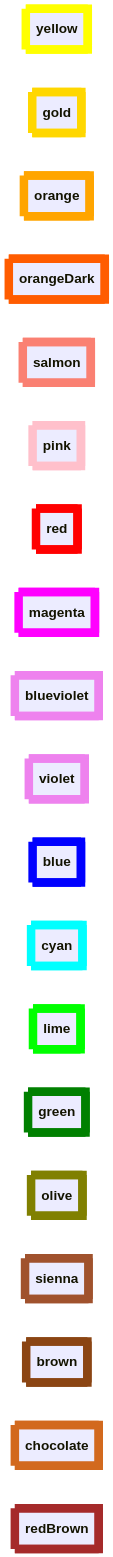
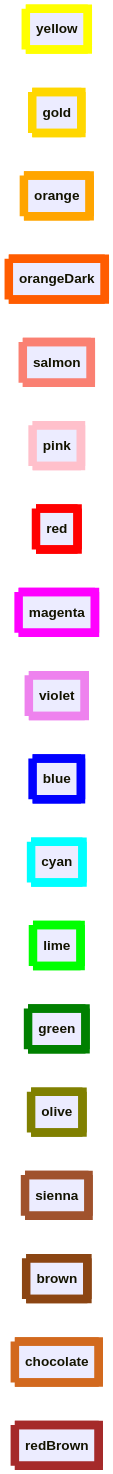
Before and after one commit to Ee-Cs/Ee-Cs.github.io: the second of 2 diagrams in files/fill-and-stroke-colors.md, drawn with Mermaid.

````diff
--- a/files/fill-and-stroke-colors.md
+++ b/files/fill-and-stroke-colors.md
@@ -33,48 +33,46 @@
 ```mermaid
 ---
   config:
     class:
       hideEmptyMembersBox: true
 ---
 classDiagram
     direction LR
     class yellow:::yellow { }
     class gold:::gold { }
     class orange:::orange { }
     class orangeDark:::orangeDark { }
     class salmon:::salmon { }
     class pink:::pink { }
     class red:::red { }
     class magenta:::magenta { }
-    class blueviolet:::blueviolet { }
     class violet:::violet { }
     class blue:::blue { }
     class cyan:::cyan { }
     class lime:::lime { }
     class green:::green { }
     class olive:::olive { }
     class sienna:::sienna { }
     class brown:::brown { }
     class chocolate:::chocolate { }
     class redBrown:::redBrown { }
 %% Styles
     classDef brown stroke:saddlebrown,stroke-width:10px
     classDef blue stroke:blue,stroke-width:10px
-    classDef blueviolet stroke:blueviolet,stroke-width:10px
     classDef chocolate stroke:chocolate,stroke-width:10px
     classDef cyan stroke:cyan,stroke-width:10px
     classDef gold stroke:gold,stroke-width:10px
     classDef green stroke:green,stroke-width:10px
     classDef lime stroke:lime,stroke-width:10px
     classDef magenta stroke:magenta,stroke-width:10px
     classDef olive stroke:olive,stroke-width:10px
     classDef orange stroke:orange,stroke-width:10px
     classDef orangeDark stroke:#FF5C00,stroke-width:10px
     classDef pink stroke:pink,stroke-width:10px
     classDef red stroke:red,stroke-width:10px
     classDef redBrown stroke:brown,stroke-width:10px
     classDef salmon stroke:salmon,stroke-width:10px
     classDef sienna stroke:sienna,stroke-width:10px
     classDef violet stroke:violet,stroke-width:10px
     classDef yellow stroke:yellow,stroke-width:10px
 ```
````
